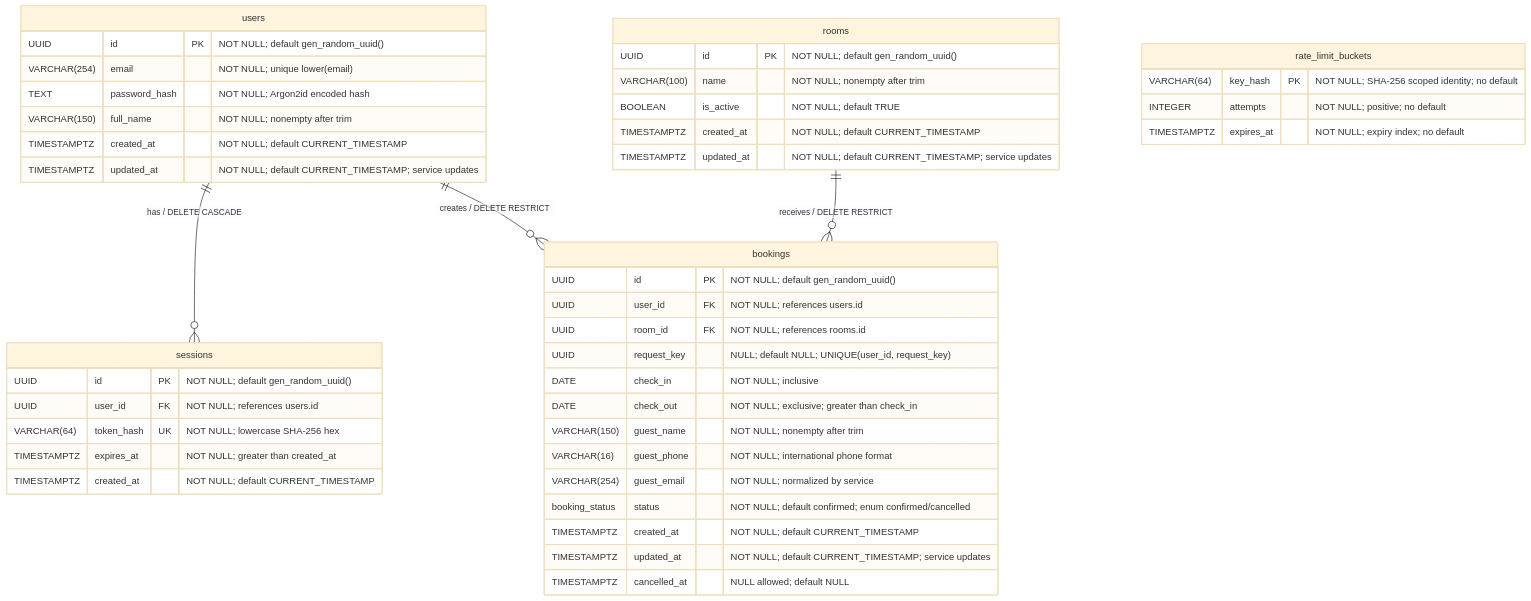
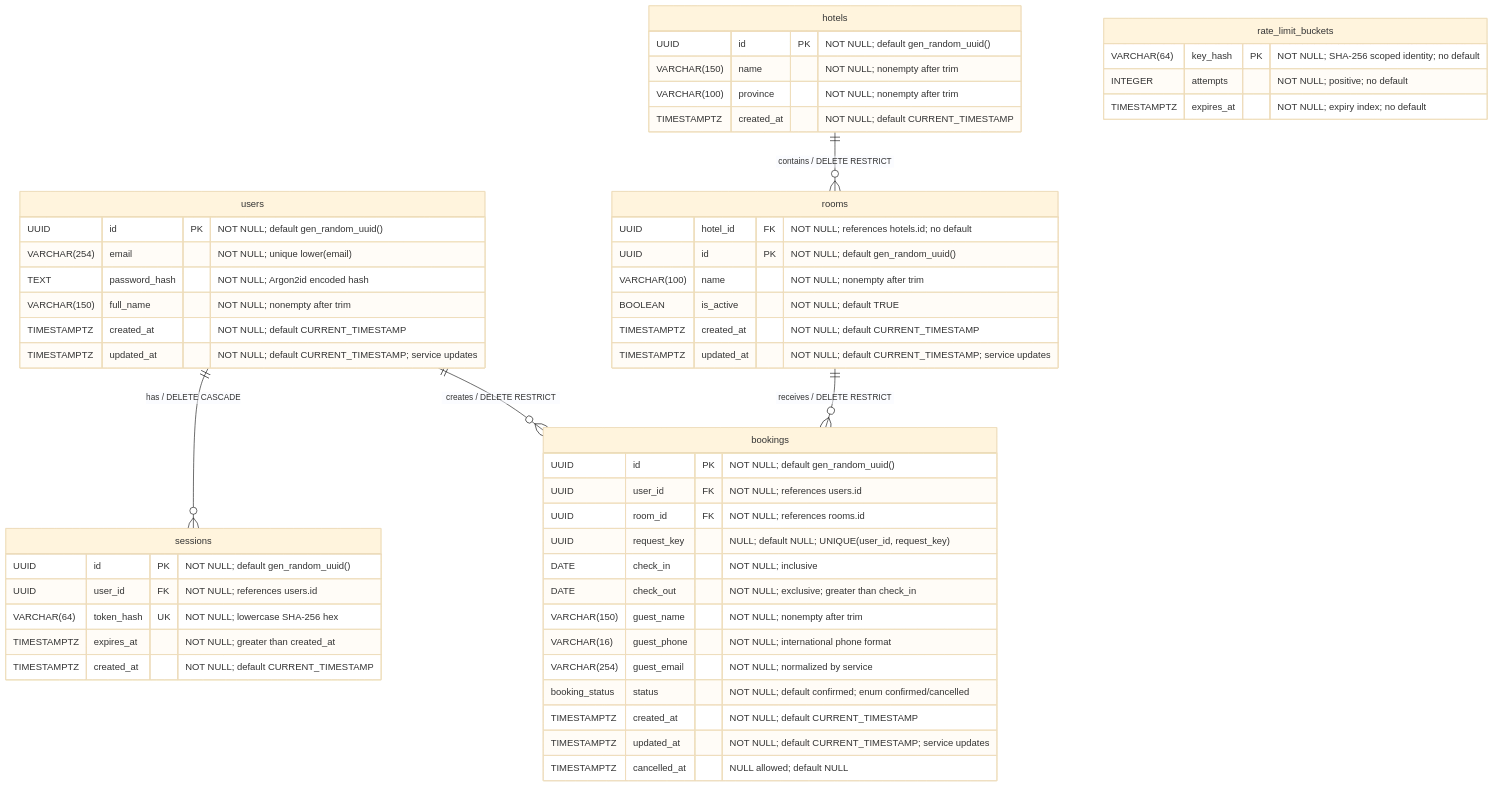
One commit to Tspkp2540/hotel_be changed the diagram in docs/DATABASE.md. Above: the diagram before and after it, drawn with Mermaid (base theme). The commit also changed other lines of this file and 25 other files, not shown here.

````diff
--- a/docs/DATABASE.md
+++ b/docs/DATABASE.md
@@ -10,53 +10,62 @@
 ```mermaid
 erDiagram
     users ||--o{ sessions : "has / DELETE CASCADE"
     users ||--o{ bookings : "creates / DELETE RESTRICT"
+    hotels ||--o{ rooms : "contains / DELETE RESTRICT"
     rooms ||--o{ bookings : "receives / DELETE RESTRICT"
 
     rate_limit_buckets {
         VARCHAR(64) key_hash PK "NOT NULL; SHA-256 scoped identity; no default"
         INTEGER attempts "NOT NULL; positive; no default"
         TIMESTAMPTZ expires_at "NOT NULL; expiry index; no default"
     }
 
     users {
         UUID id PK "NOT NULL; default gen_random_uuid()"
         VARCHAR(254) email "NOT NULL; unique lower(email)"
         TEXT password_hash "NOT NULL; Argon2id encoded hash"
         VARCHAR(150) full_name "NOT NULL; nonempty after trim"
         TIMESTAMPTZ created_at "NOT NULL; default CURRENT_TIMESTAMP"
         TIMESTAMPTZ updated_at "NOT NULL; default CURRENT_TIMESTAMP; service updates"
     }
 
     sessions {
         UUID id PK "NOT NULL; default gen_random_uuid()"
         UUID user_id FK "NOT NULL; references users.id"
         VARCHAR(64) token_hash UK "NOT NULL; lowercase SHA-256 hex"
         TIMESTAMPTZ expires_at "NOT NULL; greater than created_at"
         TIMESTAMPTZ created_at "NOT NULL; default CURRENT_TIMESTAMP"
     }
 
+    hotels {
+        UUID id PK "NOT NULL; default gen_random_uuid()"
+        VARCHAR(150) name "NOT NULL; nonempty after trim"
+        VARCHAR(100) province "NOT NULL; nonempty after trim"
+        TIMESTAMPTZ created_at "NOT NULL; default CURRENT_TIMESTAMP"
+    }
+
     rooms {
+        UUID hotel_id FK "NOT NULL; references hotels.id; no default"
         UUID id PK "NOT NULL; default gen_random_uuid()"
         VARCHAR(100) name "NOT NULL; nonempty after trim"
         BOOLEAN is_active "NOT NULL; default TRUE"
         TIMESTAMPTZ created_at "NOT NULL; default CURRENT_TIMESTAMP"
         TIMESTAMPTZ updated_at "NOT NULL; default CURRENT_TIMESTAMP; service updates"
     }
 
     bookings {
         UUID id PK "NOT NULL; default gen_random_uuid()"
         UUID user_id FK "NOT NULL; references users.id"
         UUID room_id FK "NOT NULL; references rooms.id"
         UUID request_key "NULL; default NULL; UNIQUE(user_id, request_key)"
         DATE check_in "NOT NULL; inclusive"
         DATE check_out "NOT NULL; exclusive; greater than check_in"
         VARCHAR(150) guest_name "NOT NULL; nonempty after trim"
         VARCHAR(16) guest_phone "NOT NULL; international phone format"
         VARCHAR(254) guest_email "NOT NULL; normalized by service"
         booking_status status "NOT NULL; default confirmed; enum confirmed/cancelled"
         TIMESTAMPTZ created_at "NOT NULL; default CURRENT_TIMESTAMP"
         TIMESTAMPTZ updated_at "NOT NULL; default CURRENT_TIMESTAMP; service updates"
         TIMESTAMPTZ cancelled_at "NULL allowed; default NULL"
     }
 ```
````
